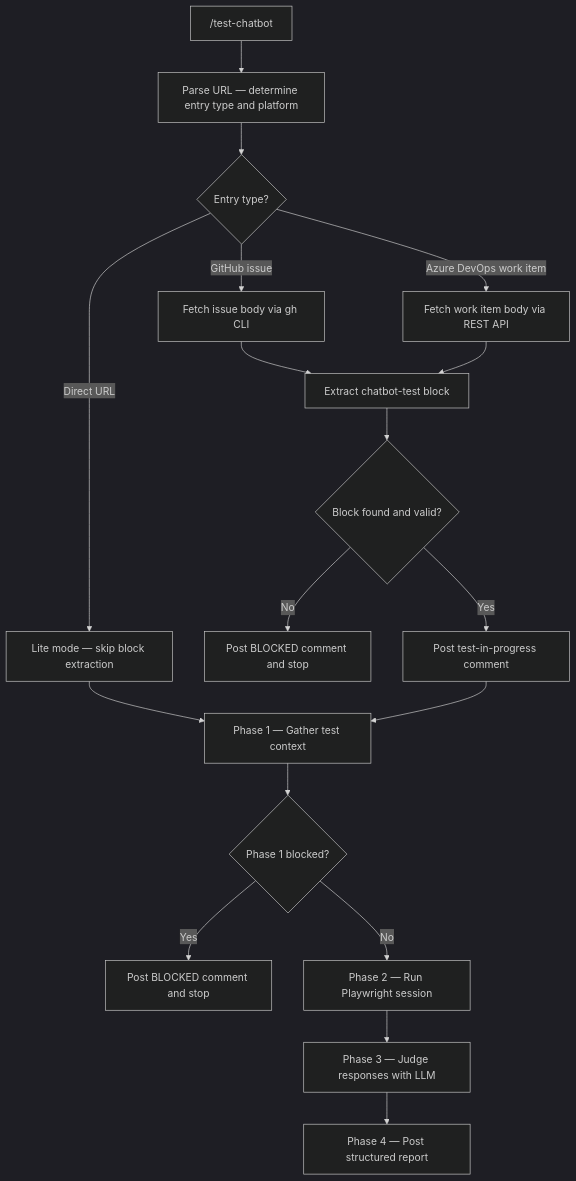
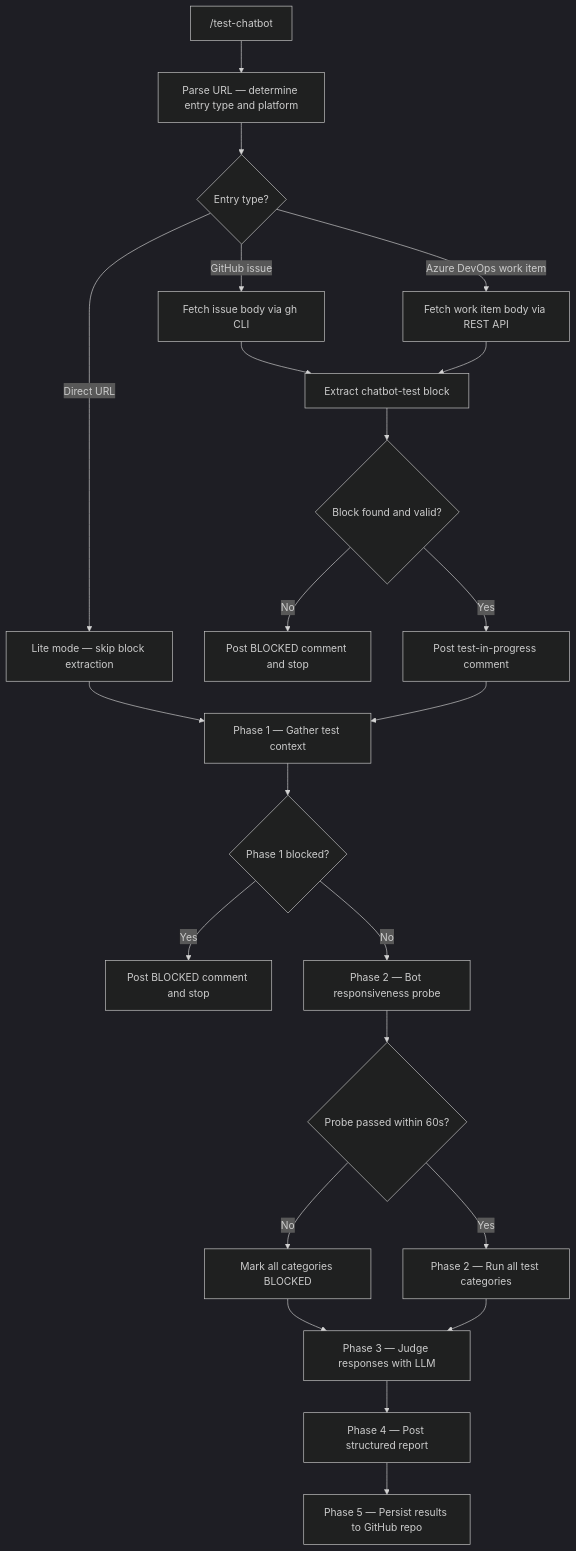
One commit to Chamalasela/documentation changed the diagram in src/content/docs/official-plugins/chatbot-tester.md. Above: the diagram before and after it, drawn with Mermaid (dark theme). The commit also changed other lines of this file, not shown here.

Commit message:
doc: Update the chat bot tester documentation to support latest changes

````diff
--- a/src/content/docs/official-plugins/chatbot-tester.md
+++ b/src/content/docs/official-plugins/chatbot-tester.md
@@ -21,20 +22,25 @@
 ```mermaid
 flowchart TD
     A["/test-chatbot <url>"] --> B[Parse URL — determine entry type and platform]
     B --> C{Entry type?}
     C -- GitHub issue --> D[Fetch issue body via gh CLI]
     C -- Azure DevOps work item --> E[Fetch work item body via REST API]
     C -- Direct URL --> F[Lite mode — skip block extraction]
     D --> G[Extract chatbot-test block]
     E --> G
     G --> H{Block found and valid?}
     H -- No --> I[Post BLOCKED comment and stop]
     H -- Yes --> J[Post test-in-progress comment]
     F --> K
     J --> K[Phase 1 — Gather test context]
     K --> L{Phase 1 blocked?}
     L -- Yes --> M[Post BLOCKED comment and stop]
-    L -- No --> N[Phase 2 — Run Playwright session]
-    N --> O[Phase 3 — Judge responses with LLM]
-    O --> P[Phase 4 — Post structured report]
+    L -- No --> N[Phase 2 — Bot responsiveness probe]
+    N --> NB{Probe passed within 60s?}
+    NB -- No --> NC[Mark all categories BLOCKED]
+    NB -- Yes --> O[Phase 2 — Run all test categories]
+    NC --> P
+    O --> P[Phase 3 — Judge responses with LLM]
+    P --> Q[Phase 4 — Post structured report]
+    Q --> R[Phase 5 — Persist results to GitHub repo]
 ```
````
